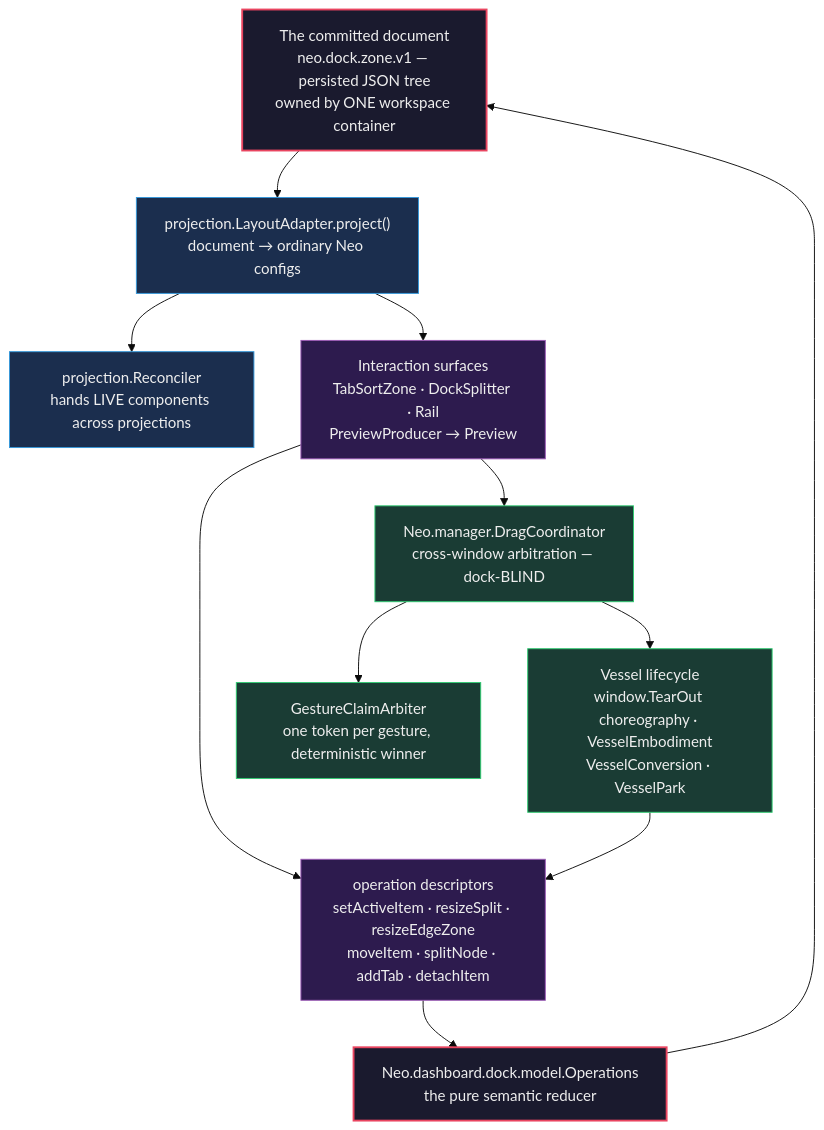
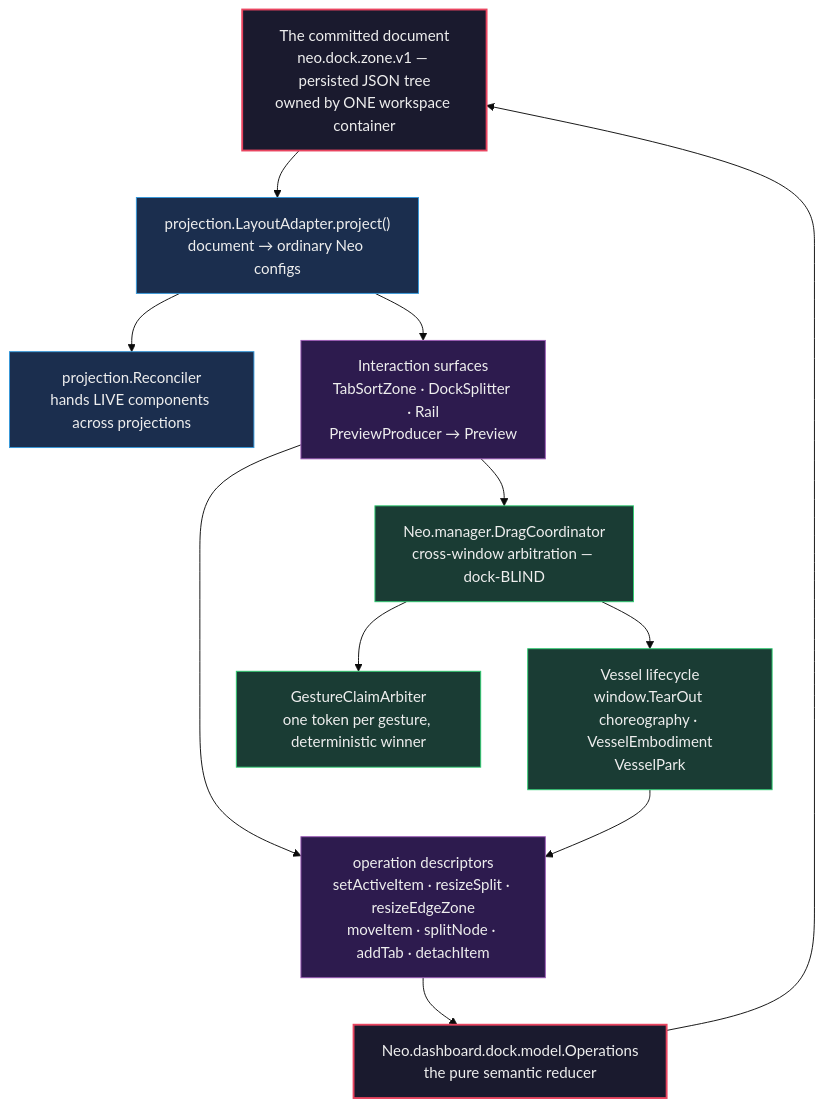
Before and after one commit to neomjs/neo: the first of 2 diagrams in learn/guides/uibuildingblocks/DockLayouts.md, drawn with Mermaid (base theme). The commit also changed 29 other files, not shown here.

First line of the commit message:
refactor(dock): retire the dormant pointer-path vessel conversion and park (#19538) (#19542)

````diff
--- a/learn/guides/uibuildingblocks/DockLayouts.md
+++ b/learn/guides/uibuildingblocks/DockLayouts.md
@@ -42,28 +42,28 @@
 ```mermaid
 flowchart TD
     classDef doc fill:#1a1a2e,stroke:#e94560,stroke-width:2px,color:#eee
     classDef proj fill:#1b2e4e,stroke:#3498db,stroke-width:1px,color:#eee
     classDef inter fill:#2d1b4e,stroke:#9b59b6,stroke-width:1px,color:#eee
     classDef cross fill:#1a3c34,stroke:#2ecc71,stroke-width:1px,color:#eee
 
     Document["The committed document<br/>neo.dock.zone.v1 — persisted JSON tree<br/>owned by ONE workspace container"]:::doc
     Model["Neo.dashboard.dock.model.Operations<br/>the pure semantic reducer"]:::doc
     Adapter["projection.LayoutAdapter.project()<br/>document → ordinary Neo configs"]:::proj
     Reconciler["projection.Reconciler<br/>hands LIVE components across projections"]:::proj
     Surfaces["Interaction surfaces<br/>TabSortZone · DockSplitter · Rail<br/>PreviewProducer → Preview"]:::inter
     Descriptors["operation descriptors<br/>setActiveItem · resizeSplit · resizeEdgeZone<br/>moveItem · splitNode · addTab · detachItem"]:::inter
     Coordinator["Neo.manager.DragCoordinator<br/>cross-window arbitration — dock-BLIND"]:::cross
     Arbiter["GestureClaimArbiter<br/>one token per gesture, deterministic winner"]:::cross
-    Vessels["Vessel lifecycle<br/>window.TearOut choreography · VesselEmbodiment<br/>VesselConversion · VesselPark"]:::cross
+    Vessels["Vessel lifecycle<br/>window.TearOut choreography · VesselEmbodiment<br/>VesselPark"]:::cross
 
     Document --> Adapter
     Adapter --> Reconciler
     Adapter --> Surfaces
     Surfaces --> Descriptors
     Descriptors --> Model
     Model --> Document
     Surfaces --> Coordinator
     Coordinator --> Arbiter
     Coordinator --> Vessels
     Vessels --> Descriptors
 ```
````
